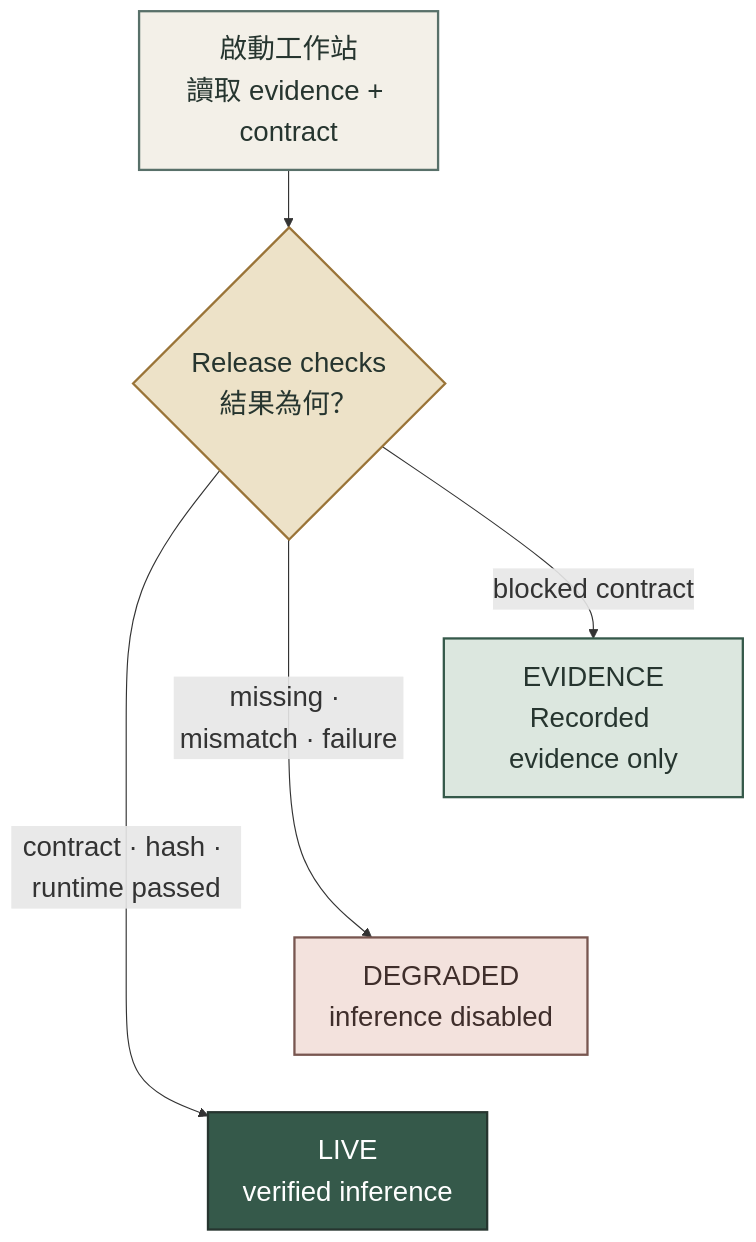
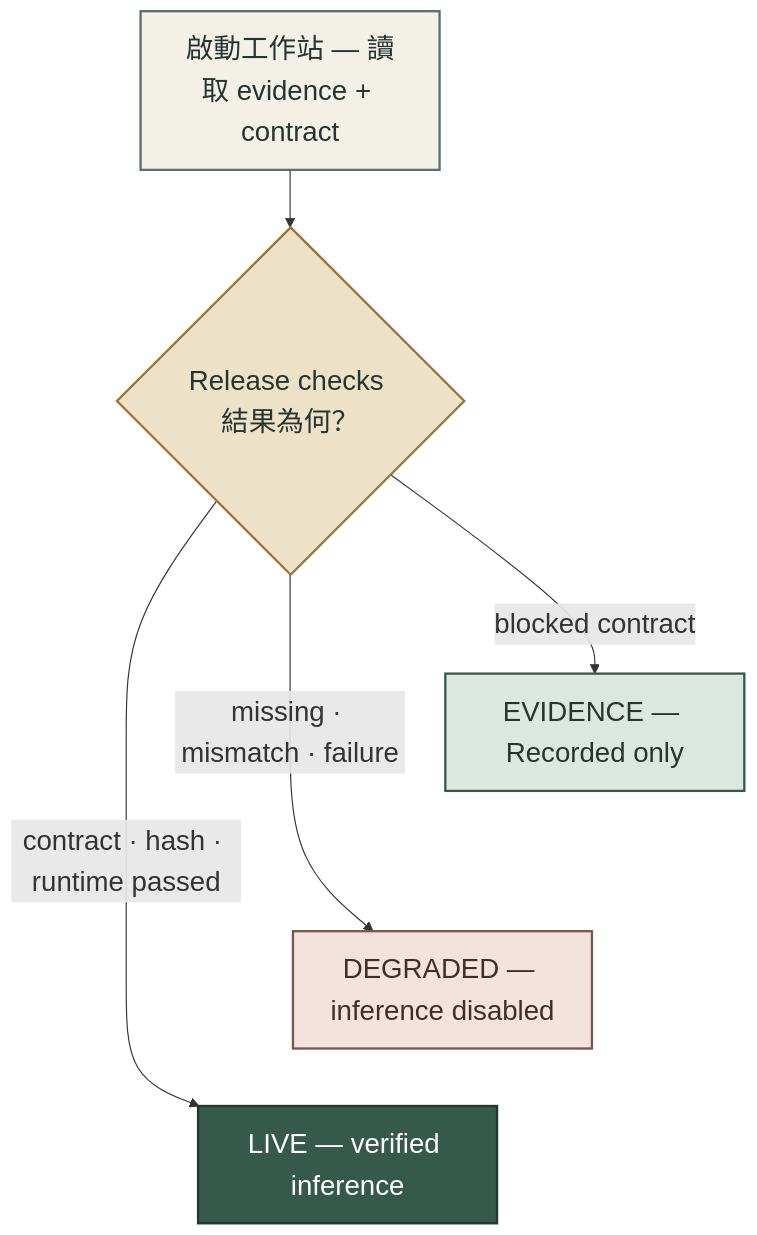
One commit to kuotunyu/pcb-defect-detection changed the third of 5 diagrams in README.md. Above: the diagram before and after it, drawn with Mermaid. The commit also changed other lines of this file and 1 other file, not shown here.

Commit message:
docs: avoid GitHub Mermaid line-break collapse

````diff
--- a/README.md
+++ b/README.md
@@ -127,30 +127,30 @@
 ```mermaid
 %%{init: {'themeVariables': {'fontSize': '24px'}}}%%
 flowchart TB
     accTitle: PCB 人工複核工作站的 fail-closed 啟動門控
     accDescr: 工作站先讀取 committed evidence 與 model contract；blocked contract 顯示 Recorded evidence，資料錯誤進入 Degraded，全部 release checks 通過才進入 Live。
 
-    Start["啟動工作站<br/>讀取 evidence + contract"]
-    Gate{"Release checks<br/>結果為何？"}
-    Evidence["EVIDENCE<br/>Recorded evidence only"]
-    Degraded["DEGRADED<br/>inference disabled"]
-    Live["LIVE<br/>verified inference"]
+    Start["啟動工作站 — 讀取 evidence + contract"]
+    Gate{"Release checks 結果為何？"}
+    Evidence["EVIDENCE — Recorded only"]
+    Degraded["DEGRADED — inference disabled"]
+    Live["LIVE — verified inference"]
 
     Start --> Gate
     Gate -->|blocked contract| Evidence
     Gate -->|missing · mismatch · failure| Degraded
     Gate -->|contract · hash · runtime passed| Live
     Evidence ~~~ Degraded ~~~ Live
 
     classDef neutral fill:#F3F0E8,stroke:#587069,stroke-width:2px,color:#26352F
     classDef decision fill:#EDE2C8,stroke:#9A7438,stroke-width:2px,color:#26352F
     classDef evidence fill:#DCE7DF,stroke:#35594A,stroke-width:2px,color:#26352F
     classDef blocked fill:#F3E2DD,stroke:#785650,stroke-width:2px,color:#3F2E2B
     classDef live fill:#35594A,stroke:#26352F,stroke-width:2px,color:#FFFFFF
 
     class Start neutral
     class Gate decision
     class Evidence evidence
     class Degraded blocked
     class Live live
 ```
````
